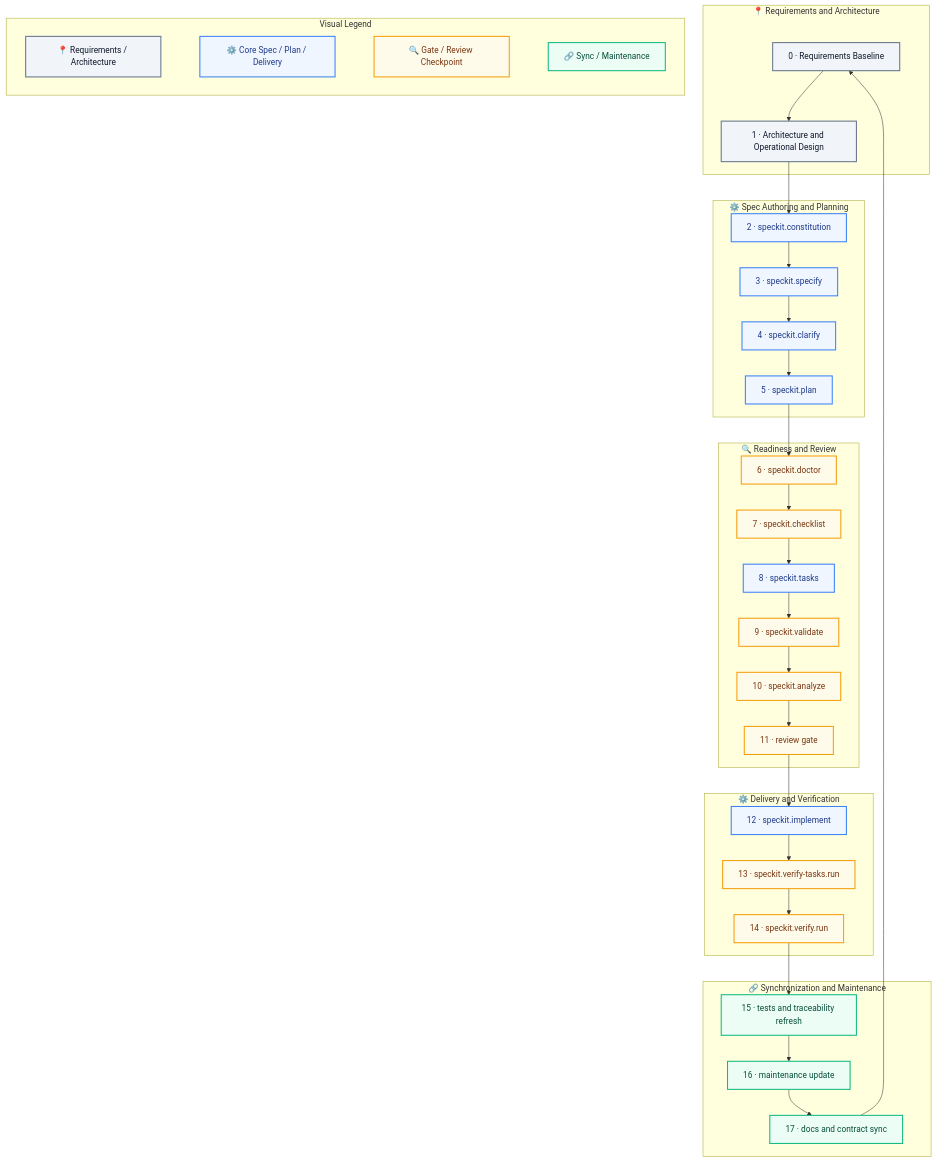
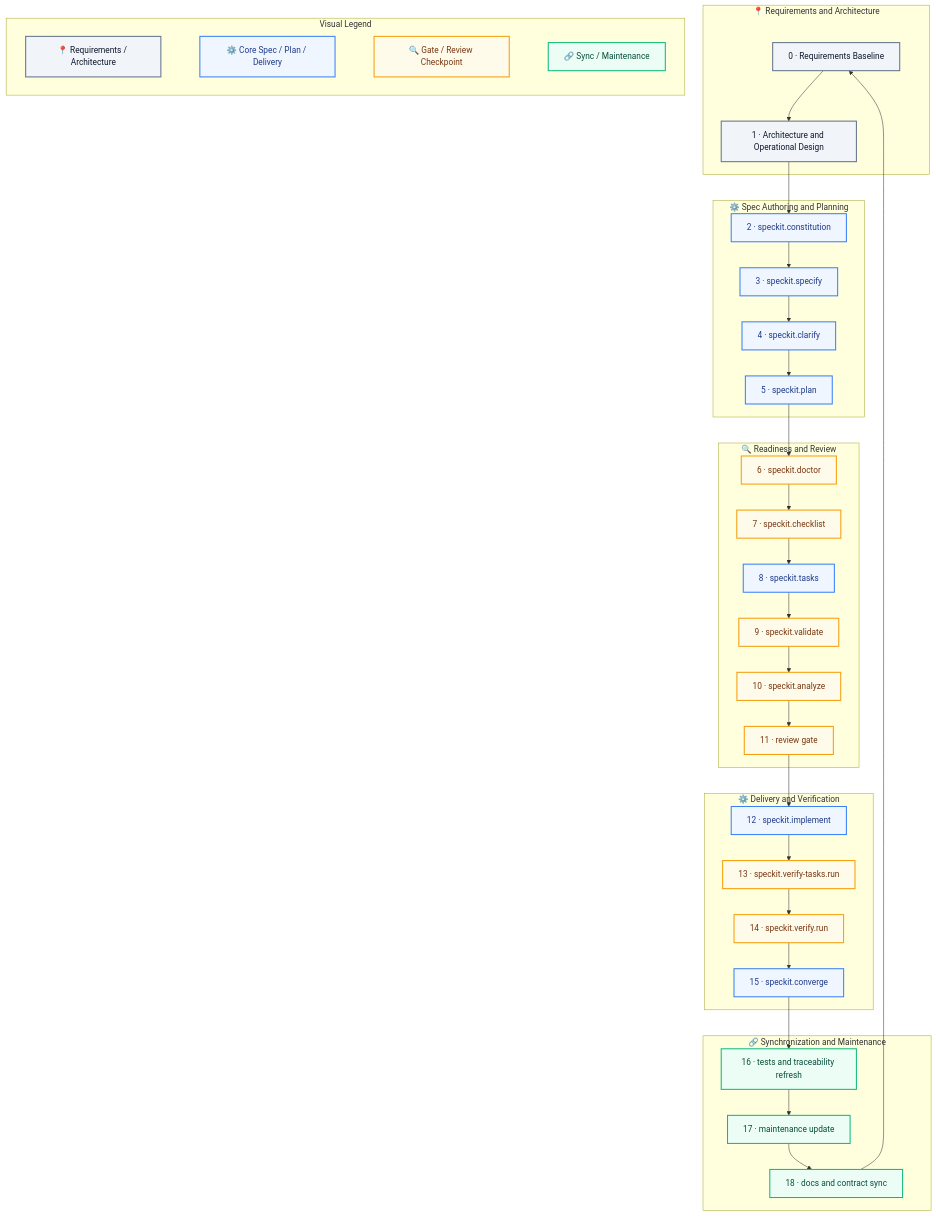
The second of 5 diagrams in docs/spec-driven development (SDD)/spec-kit HOW-TO.md (d-dragon/dp-stock-investment-assistant), drawn with Mermaid before and after one commit. The commit also changed other lines of this file and 9 other files, not shown here.

First line of the commit message:
fix(agent): structured output - handle multi-chunk sse tool tokens and align output schemas

````diff
--- a/docs/spec-driven development (SDD)/spec-kit HOW-TO.md
+++ b/docs/spec-driven development (SDD)/spec-kit HOW-TO.md
@@ -722,52 +730,53 @@
 ```mermaid
 flowchart TB
-  %% 18-Step placement in SDLC Loop
+  %% 19-Step placement in SDLC Loop
   subgraph F0["📍 Requirements and Architecture"]
     S0["0 · Requirements Baseline"] --> S1["1 · Architecture and Operational Design"]
   end
 
   subgraph F1["⚙️ Spec Authoring and Planning"]
     S2["2 · speckit.constitution"] --> S3["3 · speckit.specify"]
     S3 --> S4["4 · speckit.clarify"] --> S5["5 · speckit.plan"]
   end
 
   subgraph F2["🔍 Readiness and Review"]
     S6["6 · speckit.doctor"] --> S7["7 · speckit.checklist"]
     S7 --> S8["8 · speckit.tasks"] --> S9["9 · speckit.validate"]
     S9 --> S10["10 · speckit.analyze"] --> S11["11 · review gate"]
   end
 
   subgraph F3["⚙️ Delivery and Verification"]
     S12["12 · speckit.implement"] --> S13["13 · speckit.verify-tasks.run"]
     S13 --> S14["14 · speckit.verify.run"]
+    S14 --> S15["15 · speckit.converge"]
   end
 
   subgraph F4["🔗 Synchronization and Maintenance"]
-    S15["15 · tests and traceability refresh"] --> S16["16 · maintenance update"]
-    S16 --> S17["17 · docs and contract sync"]
+    S16["16 · tests and traceability refresh"] --> S17["17 · maintenance update"]
+    S17 --> S18["18 · docs and contract sync"]
   end
 
   S1 --> S2
   S5 --> S6
   S11 --> S12
-  S14 --> S15
-  S17 --> S0
+  S15 --> S16
+  S18 --> S0
 
   %% Legend Subgraph
   subgraph Legend ["Visual Legend"]
     direction LR
     L_F0["📍 Requirements / Architecture"] ~~~ L_F1["⚙️ Core Spec / Plan / Delivery"]
     L_F1 ~~~ L_F2["🔍 Gate / Review Checkpoint"] ~~~ L_F4["🔗 Sync / Maintenance"]
   end
 
   %% Styling Definitions
   classDef neutral fill:#F1F5F9,stroke:#64748B,stroke-width:2px,color:#0F172A;
   classDef core fill:#EFF6FF,stroke:#3B82F6,stroke-width:2px,color:#1E3A8A;
   classDef gate fill:#FFFBEB,stroke:#F59E0B,stroke-width:2px,color:#78350F;
   classDef sync fill:#ECFDF5,stroke:#10B981,stroke-width:2px,color:#064E3B;
 
   class S0,S1,L_F0 neutral;
-  class S2,S3,S4,S5,S8,S12,L_F1 core;
+  class S2,S3,S4,S5,S8,S12,S15,L_F1 core;
   class S6,S7,S9,S10,S11,S13,S14,L_F2 gate;
-  class S15,S16,S17,L_F4 sync;
+  class S16,S17,S18,L_F4 sync;
 ```
````
